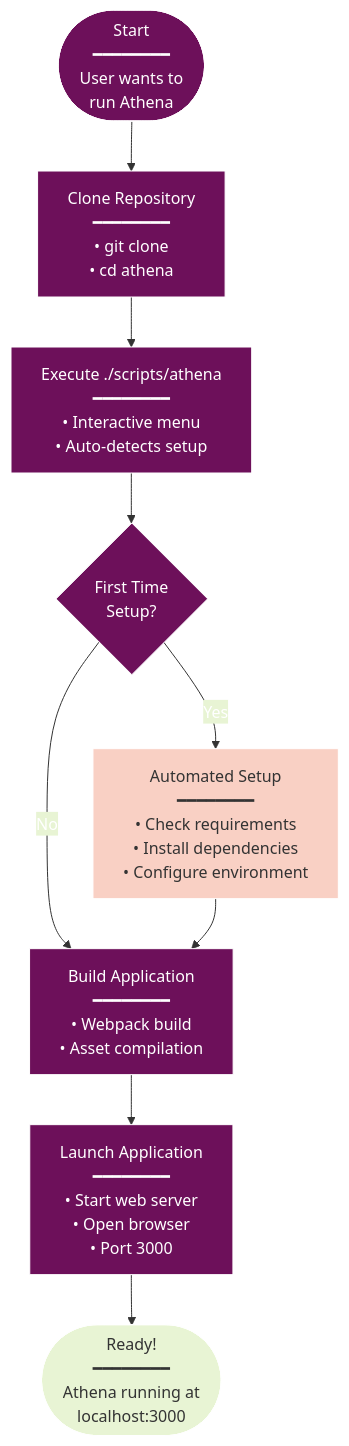
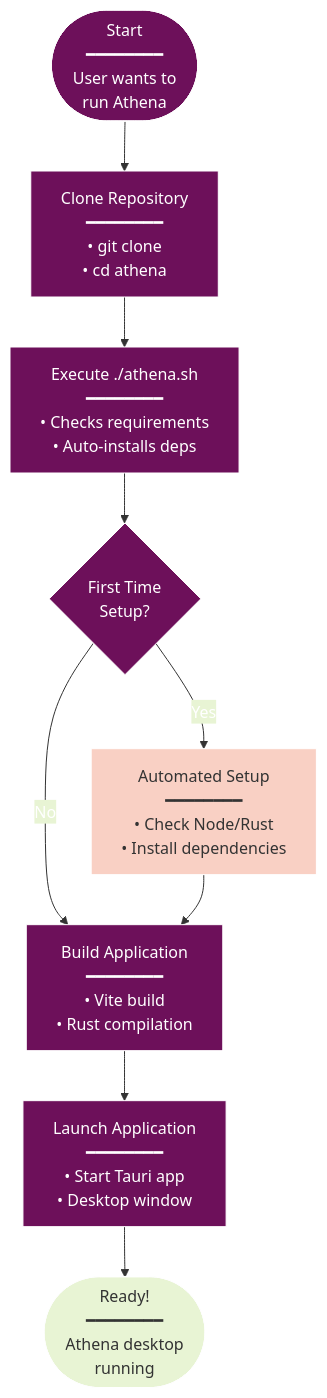
One commit to radicalkjax/Athena changed the first of 13 diagrams in docs/GETTING_STARTED.md. Above: the diagram before and after it, drawn with Mermaid. The commit also changed other lines of this file and 13 other files, not shown here.

````diff
--- a/docs/GETTING_STARTED.md
+++ b/docs/GETTING_STARTED.md
@@ -70,43 +68,43 @@
 ```mermaid
 %%{init: {
   'theme': 'base',
   'themeVariables': {
     'primaryColor': '#6d105a',
     'primaryTextColor': '#ffffff',
     'primaryBorderColor': '#ffffff',
     'lineColor': '#333333',
     'secondaryColor': '#e8f4d4',
     'secondaryTextColor': '#333333',
     'secondaryBorderColor': '#333333',
     'tertiaryColor': '#f9d0c4',
     'tertiaryTextColor': '#333333',
     'tertiaryBorderColor': '#333333',
     'background': '#ffffff',
     'mainBkg': '#6d105a',
     'secondBkg': '#e8f4d4',
     'tertiaryBkg': '#f9d0c4',
     'textColor': '#333333',
     'fontFamily': 'Arial, sans-serif'
   }
 }}%%
 flowchart TB
     Start([Start<br/>━━━━━━━━<br/>User wants to<br/>run Athena]) --> Clone[Clone Repository<br/>━━━━━━━━<br/>• git clone<br/>• cd athena]
 
-    Clone --> RunScript[Execute ./scripts/athena<br/>━━━━━━━━<br/>• Interactive menu<br/>• Auto-detects setup]
+    Clone --> RunScript[Execute ./athena.sh<br/>━━━━━━━━<br/>• Checks requirements<br/>• Auto-installs deps]
 
     RunScript --> FirstTime{First Time<br/>Setup?}
 
-    FirstTime -->|Yes| AutoSetup[Automated Setup<br/>━━━━━━━━<br/>• Check requirements<br/>• Install dependencies<br/>• Configure environment]
+    FirstTime -->|Yes| AutoSetup[Automated Setup<br/>━━━━━━━━<br/>• Check Node/Rust<br/>• Install dependencies]
 
-    FirstTime -->|No| Build[Build Application<br/>━━━━━━━━<br/>• Webpack build<br/>• Asset compilation]
+    FirstTime -->|No| Build[Build Application<br/>━━━━━━━━<br/>• Vite build<br/>• Rust compilation]
 
     AutoSetup --> Build
 
-    Build --> Launch[Launch Application<br/>━━━━━━━━<br/>• Start web server<br/>• Open browser<br/>• Port 3000]
+    Build --> Launch[Launch Application<br/>━━━━━━━━<br/>• Start Tauri app<br/>• Desktop window]
 
-    Launch --> Ready([Ready!<br/>━━━━━━━━<br/>Athena running at<br/>localhost:3000])
+    Launch --> Ready([Ready!<br/>━━━━━━━━<br/>Athena desktop<br/>running])
 
     style Start fill:#6d105a,color:#fff
     style Ready fill:#e8f4d4,color:#333
     style AutoSetup fill:#f9d0c4,color:#333
 ```
````
